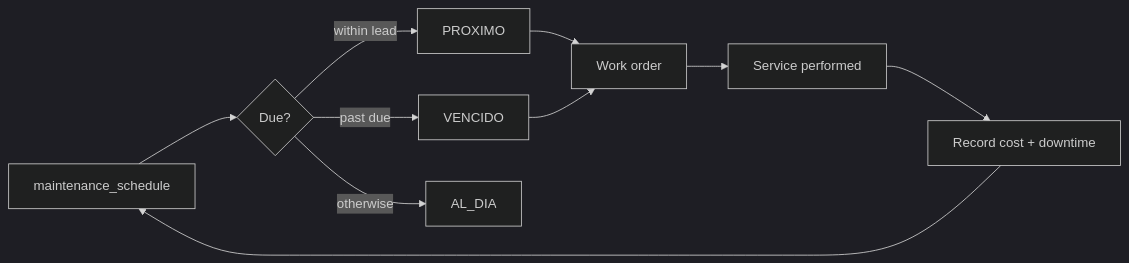
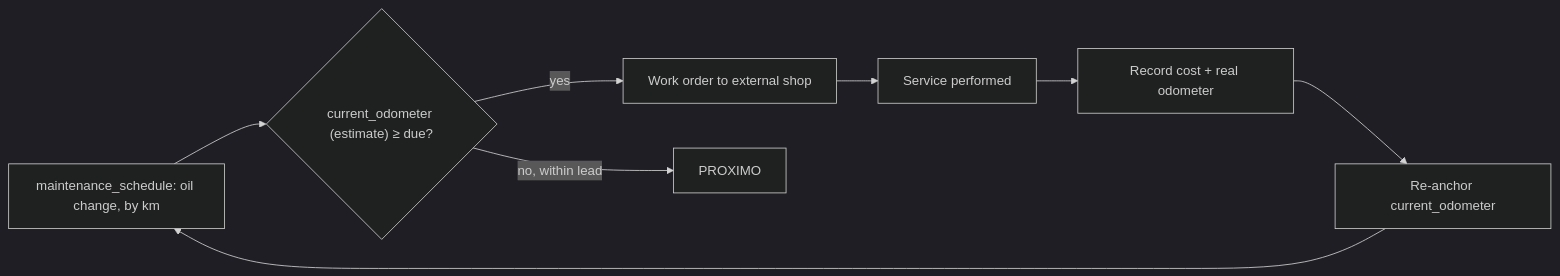
One commit to Michael35-ns/transport_bussines_ai changed the second of 2 diagrams in docs/business/discovery.md. Above: the diagram before and after it, drawn with Mermaid (dark theme). The commit also changed other lines of this file and 5 other files, not shown here.

````diff
--- a/docs/business/discovery.md
+++ b/docs/business/discovery.md
@@ -105,9 +130,7 @@
 ```mermaid
 flowchart LR
-  S[maintenance_schedule] --> E{Due?}
-  E -- "within lead" --> PX[PROXIMO]
-  E -- "past due" --> VZ[VENCIDO]
-  E -- "otherwise" --> AD[AL_DIA]
-  PX --> WO[Work order] --> SV[Service performed] --> R[Record cost + downtime] --> S
-  VZ --> WO
+  S[maintenance_schedule: oil change, by km] --> E{"current_odometer (estimate) ≥ due?"}
+  E -- yes --> WO[Work order to external shop]
+  E -- no, within lead --> PX[PROXIMO]
+  WO --> SV[Service performed] --> R["Record cost + real odometer"] --> Anchor[Re-anchor current_odometer] --> S
 ```
````
